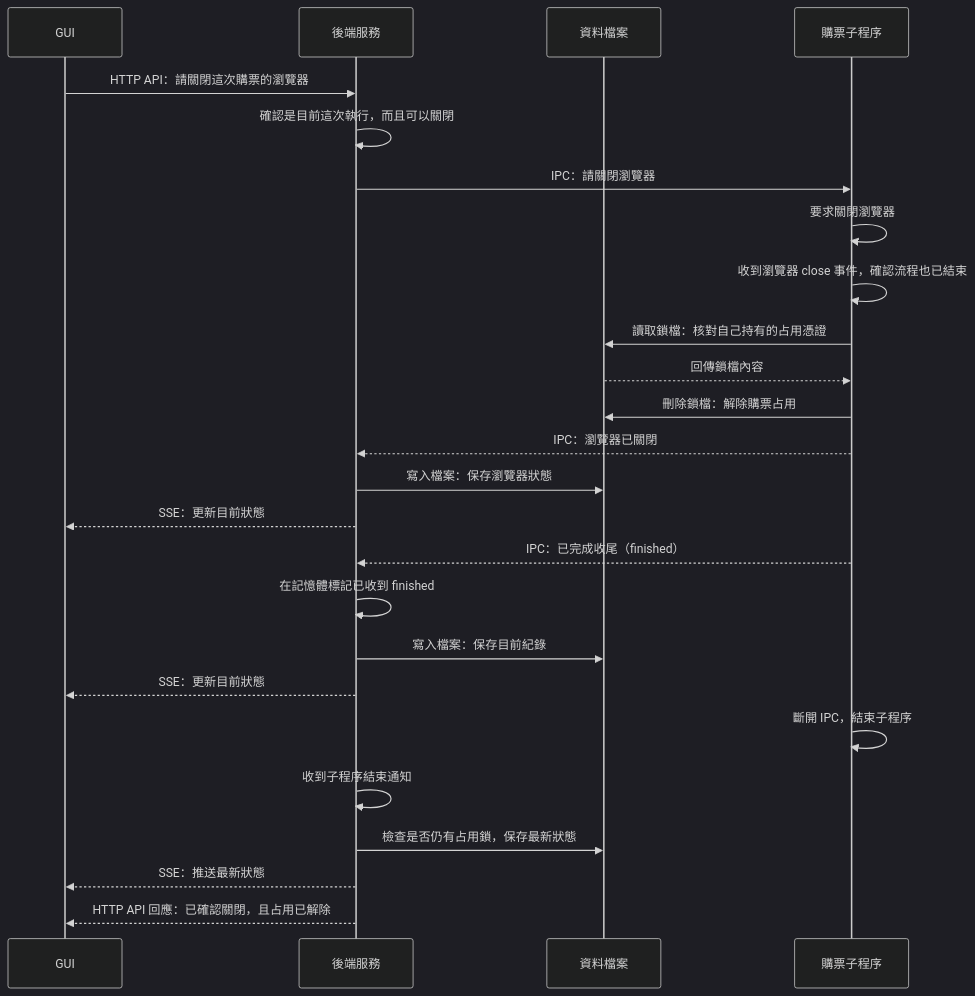
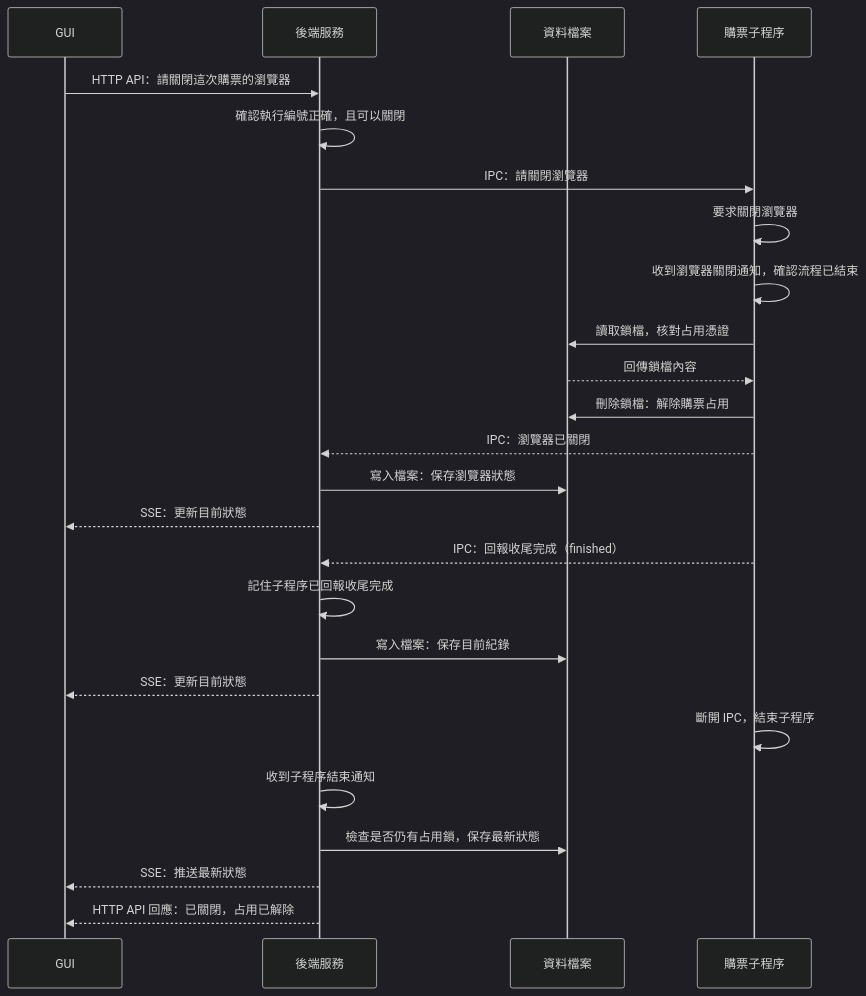
One commit to pablo0825/2026-09-ticketPilot changed the diagram in docs/architecture/close-and-release.md. Above: the diagram before and after it, drawn with Mermaid (dark theme). The commit also changed other lines of this file and 4 other files, not shown here.

Commit message:
docs(architecture): simplify explanations and split control diagrams

````diff
--- a/docs/architecture/close-and-release.md
+++ b/docs/architecture/close-and-release.md
@@ -7,28 +7,28 @@
 ```mermaid
 sequenceDiagram
     participant G as GUI
     participant B as 後端服務
     participant D as 資料檔案
     participant W as 購票子程序
 
     G->>B: HTTP API：請關閉這次購票的瀏覽器
-    B->>B: 確認是目前這次執行，而且可以關閉
+    B->>B: 確認執行編號正確，且可以關閉
     B->>W: IPC：請關閉瀏覽器
     W->>W: 要求關閉瀏覽器
-    W->>W: 收到瀏覽器 close 事件，確認流程也已結束
-    W->>D: 讀取鎖檔：核對自己持有的占用憑證
+    W->>W: 收到瀏覽器關閉通知，確認流程已結束
+    W->>D: 讀取鎖檔，核對占用憑證
     D-->>W: 回傳鎖檔內容
     W->>D: 刪除鎖檔：解除購票占用
     W-->>B: IPC：瀏覽器已關閉
     B->>D: 寫入檔案：保存瀏覽器狀態
     B-->>G: SSE：更新目前狀態
-    W-->>B: IPC：已完成收尾（finished）
-    B->>B: 在記憶體標記已收到 finished
+    W-->>B: IPC：回報收尾完成（finished）
+    B->>B: 記住子程序已回報收尾完成
     B->>D: 寫入檔案：保存目前紀錄
     B-->>G: SSE：更新目前狀態
     W->>W: 斷開 IPC，結束子程序
     B->>B: 收到子程序結束通知
     B->>D: 檢查是否仍有占用鎖，保存最新狀態
     B-->>G: SSE：推送最新狀態
-    B-->>G: HTTP API 回應：已確認關閉，且占用已解除
+    B-->>G: HTTP API 回應：已關閉，占用已解除
 ```
````
